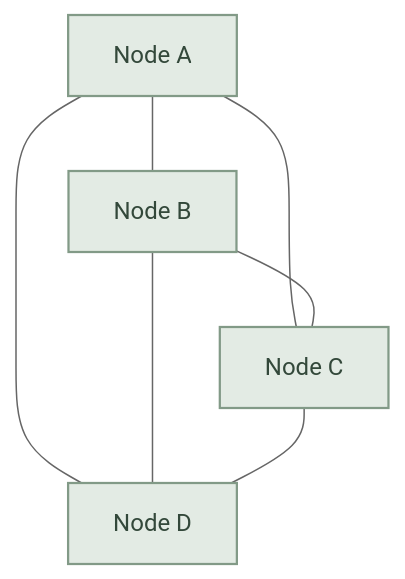
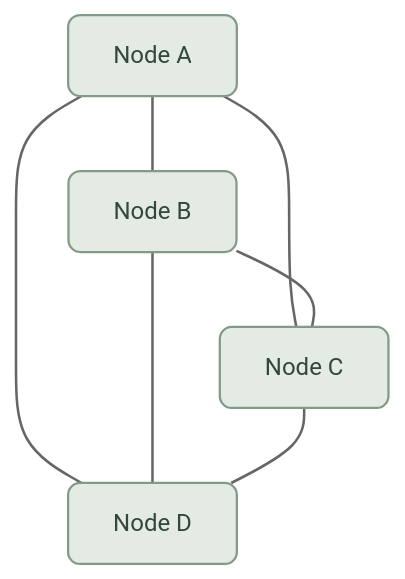
One commit to mustafammasoud/ops-handbook changed the fourth of 6 diagrams in content/networking/network-topologies.mdx. Above: the diagram before and after it, drawn with Mermaid (neutral theme). The commit also changed other lines of this file and 7 other files, not shown here.

````diff
--- a/content/networking/network-topologies.mdx
+++ b/content/networking/network-topologies.mdx
@@ -188,17 +193,18 @@
 ```mermaid
 flowchart TB
     A["Node A"]
     B["Node B"]
     C["Node C"]
     D["Node D"]
 
     A --- B
     A --- C
     A --- D
     B --- C
     B --- D
     C --- D
 
-    classDef node fill:#E3EBE4,stroke:#829A87,color:#33483A,stroke-width:1.5px
+    classDef node fill:#E3EBE4,stroke:#829A87,color:#33483A,stroke-width:1.5px,rx:8,ry:8
     class A,B,C,D node
+    linkStyle default stroke-width:1.7px
 ```
````
